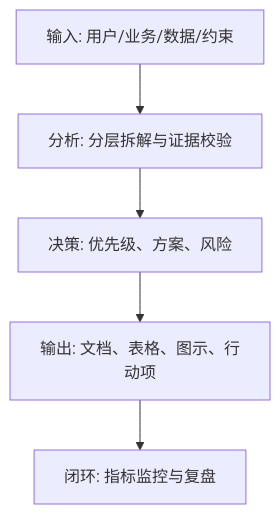
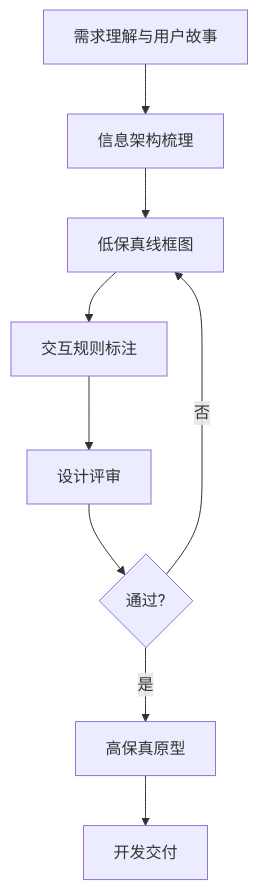
Before and after one commit to AgiWish/ai-system-prompts-cn: the diagram in AIPM/23_P4_交互原型文档.md, drawn with Mermaid. The commit also changed other lines of this file and 22 other files, not shown here.

````diff
--- a/AIPM/23_P4_交互原型文档.md
+++ b/AIPM/23_P4_交互原型文档.md
@@ -146,7 +148,11 @@
 ```mermaid
 flowchart TD
-  A[输入: 用户/业务/数据/约束] --> B[分析: 分层拆解与证据校验]
-  B --> C[决策: 优先级、方案、风险]
-  C --> D[输出: 文档、表格、图示、行动项]
-  D --> E[闭环: 指标监控与复盘]
+  A[需求理解与用户故事] --> B[信息架构梳理]
+  B --> C[低保真线框图]
+  C --> D[交互规则标注]
+  D --> E[设计评审]
+  E --> F{通过?}
+  F -->|是| G[高保真原型]
+  F -->|否| C
+  G --> H[开发交付]
 ```
````
